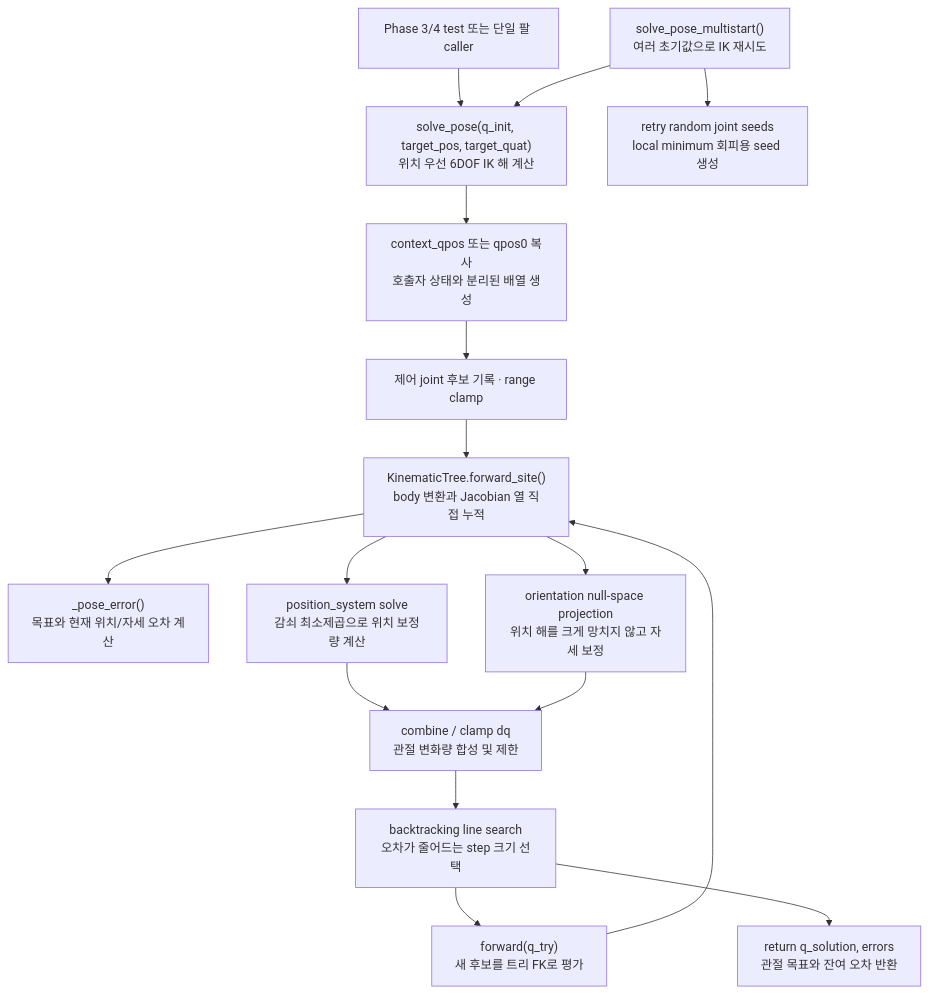
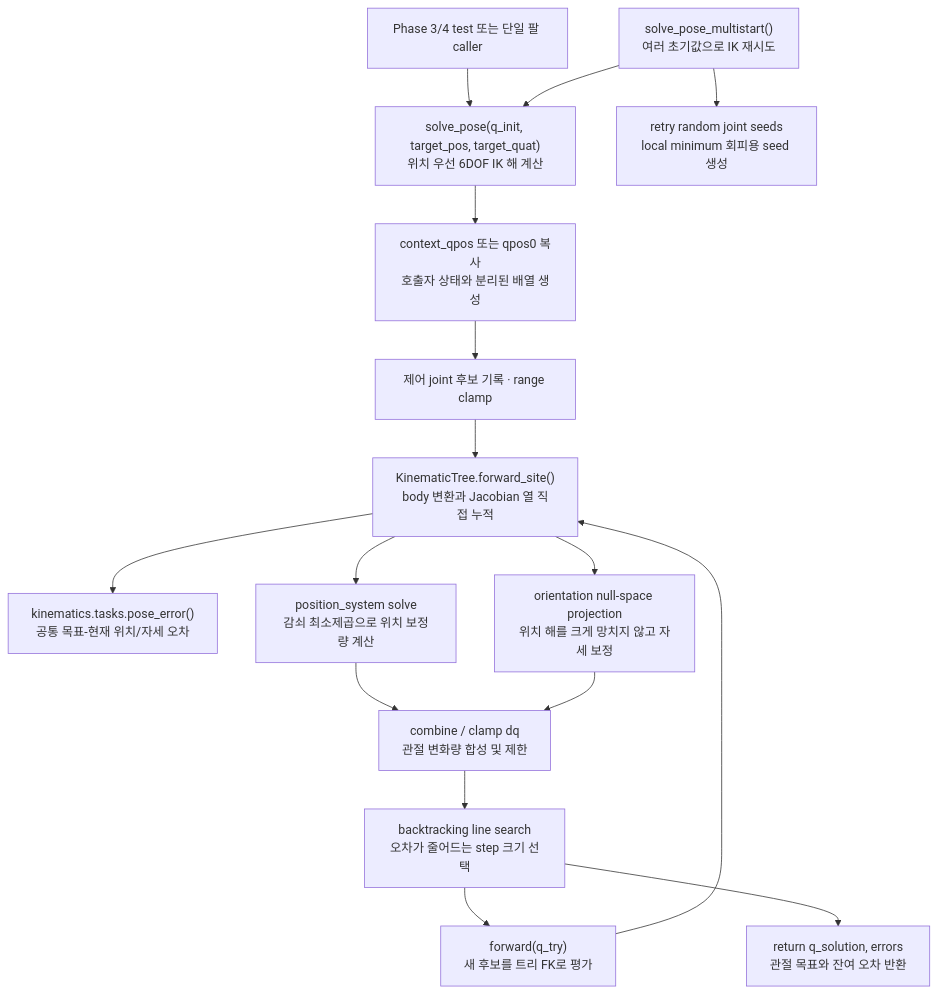
Before and after one commit to Geonhee-LEE/aiworker-mj-lab: the second of 2 diagrams in docs/guide/ik.md, drawn with Mermaid. The commit also changed other lines of this file and 16 other files, not shown here.

````diff
--- a/docs/guide/ik.md
+++ b/docs/guide/ik.md
@@ -117,19 +117,19 @@
 ```mermaid
 flowchart TD
     A["Phase 3/4 test 또는 단일 팔 caller"] --> B["solve_pose(q_init, target_pos, target_quat)<br>위치 우선 6DOF IK 해 계산"]
     B --> C["context_qpos 또는 qpos0 복사<br>호출자 상태와 분리된 배열 생성"]
     C --> D["제어 joint 후보 기록 · range clamp"]
     D --> F["KinematicTree.forward_site()<br>body 변환과 Jacobian 열 직접 누적"]
-    F --> G["_pose_error()<br>목표와 현재 위치/자세 오차 계산"]
+    F --> G["kinematics.tasks.pose_error()<br>공통 목표-현재 위치/자세 오차"]
     F --> I["position_system solve<br>감쇠 최소제곱으로 위치 보정량 계산"]
     F --> J["orientation null-space projection<br>위치 해를 크게 망치지 않고 자세 보정"]
     I --> K["combine / clamp dq<br>관절 변화량 합성 및 제한"]
     J --> K
     K --> L["backtracking line search<br>오차가 줄어드는 step 크기 선택"]
     L --> M["forward(q_try)<br>새 후보를 트리 FK로 평가"]
     M --> F
     L --> N["return q_solution, errors<br>관절 목표와 잔여 오차 반환"]
 
     O["solve_pose_multistart()<br>여러 초기값으로 IK 재시도"] --> B
     O --> P["retry random joint seeds<br>local minimum 회피용 seed 생성"]
 ```
````
